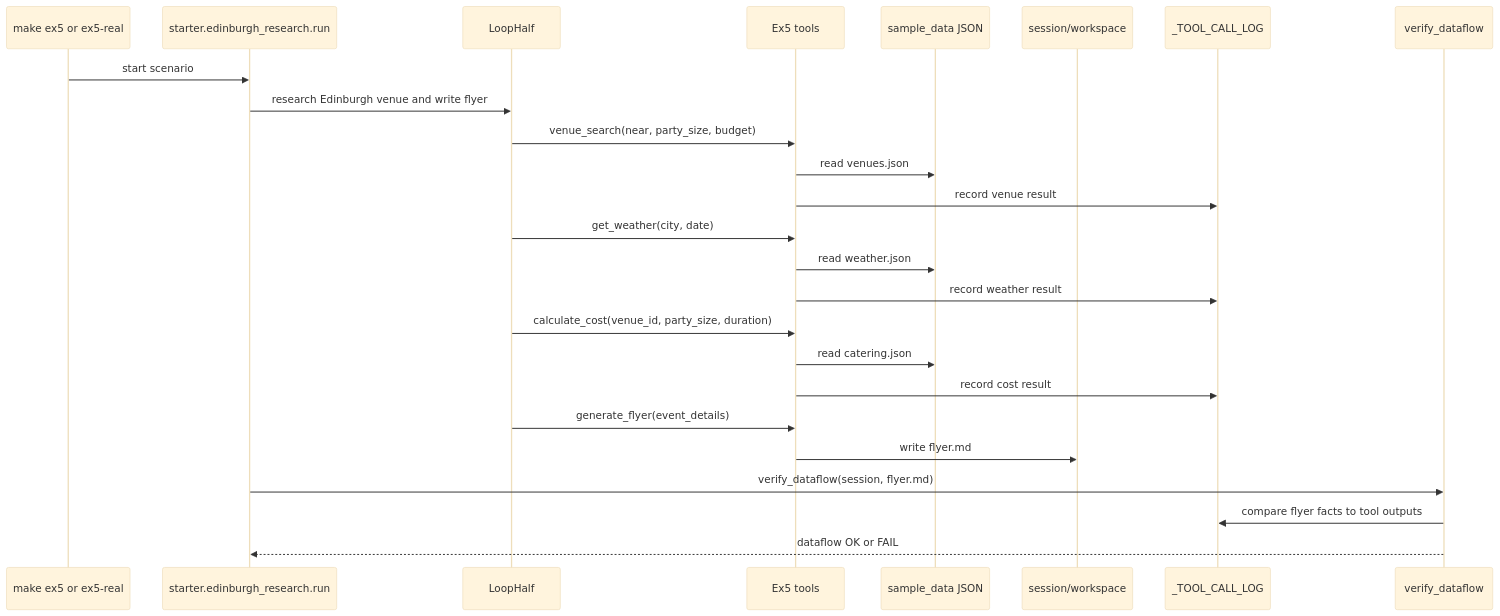
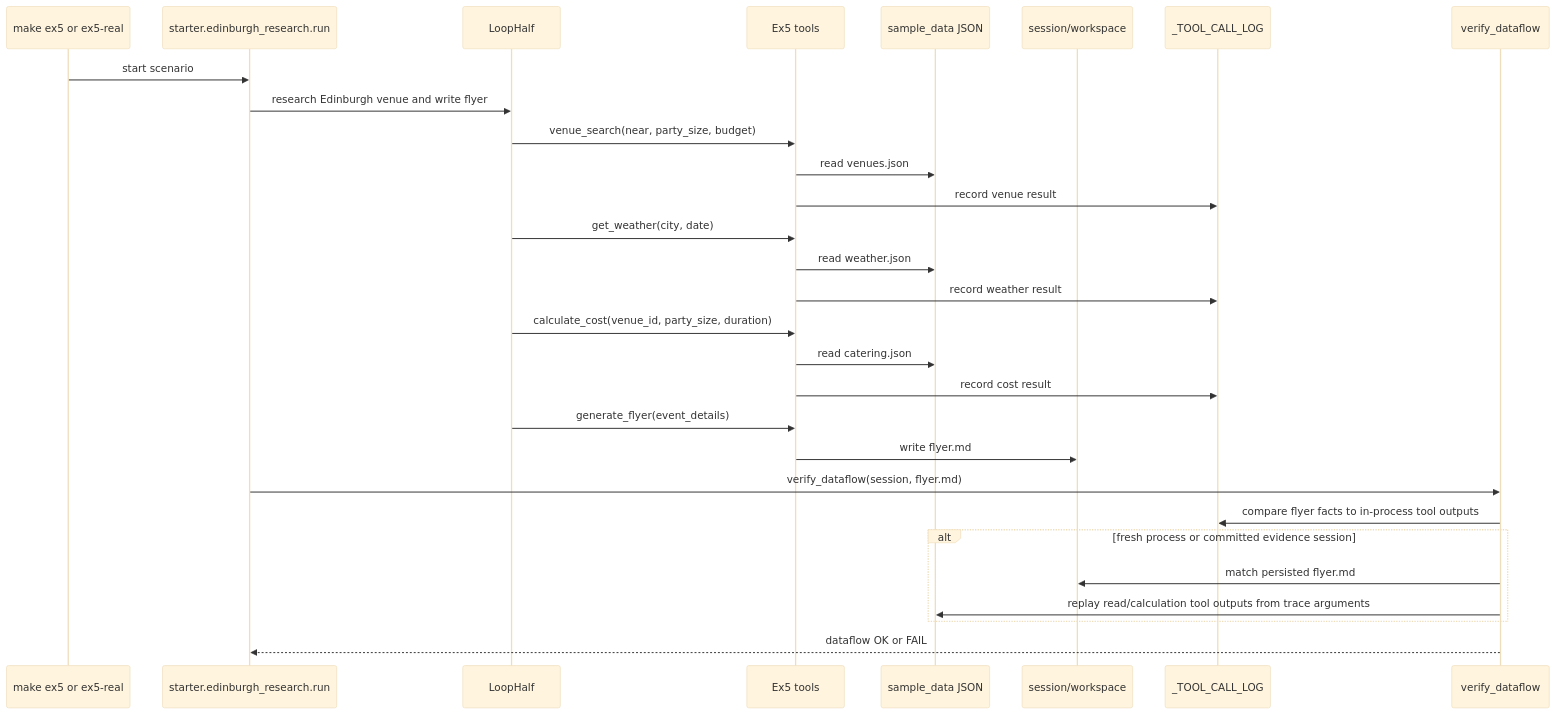
The diagram in docs/architecture/ex5-edinburgh-research.md (khab40/homework-pub-booking), drawn with Mermaid (base theme) before and after one commit. The commit also changed other lines of this file and 121 other files, not shown here.

````diff
--- a/docs/architecture/ex5-edinburgh-research.md
+++ b/docs/architecture/ex5-edinburgh-research.md
@@ -11,28 +12,32 @@
 ```mermaid
 sequenceDiagram
     participant Make as make ex5 or ex5-real
     participant Run as starter.edinburgh_research.run
     participant LoopAgent as LoopHalf
     participant Tools as Ex5 tools
     participant Data as sample_data JSON
     participant Workspace as session/workspace
     participant Log as _TOOL_CALL_LOG
     participant Check as verify_dataflow
 
     Make->>Run: start scenario
     Run->>LoopAgent: research Edinburgh venue and write flyer
     LoopAgent->>Tools: venue_search(near, party_size, budget)
     Tools->>Data: read venues.json
     Tools->>Log: record venue result
     LoopAgent->>Tools: get_weather(city, date)
     Tools->>Data: read weather.json
     Tools->>Log: record weather result
     LoopAgent->>Tools: calculate_cost(venue_id, party_size, duration)
     Tools->>Data: read catering.json
     Tools->>Log: record cost result
     LoopAgent->>Tools: generate_flyer(event_details)
     Tools->>Workspace: write flyer.md
     Run->>Check: verify_dataflow(session, flyer.md)
-    Check->>Log: compare flyer facts to tool outputs
+    Check->>Log: compare flyer facts to in-process tool outputs
+    alt fresh process or committed evidence session
+        Check->>Workspace: match persisted flyer.md
+        Check->>Data: replay read/calculation tool outputs from trace arguments
+    end
     Check-->>Run: dataflow OK or FAIL
 ```
````
